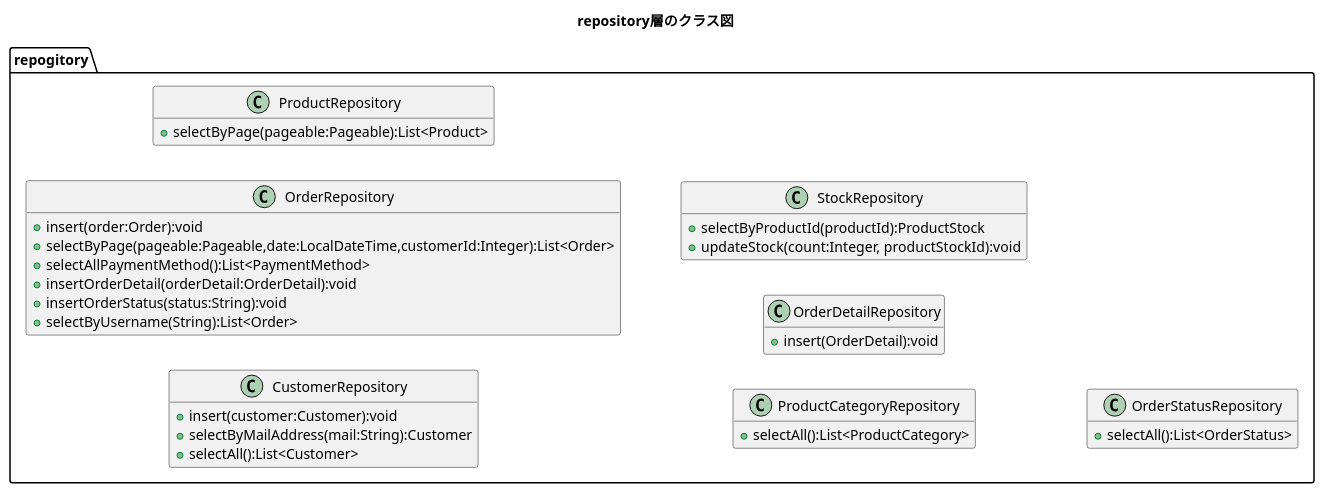
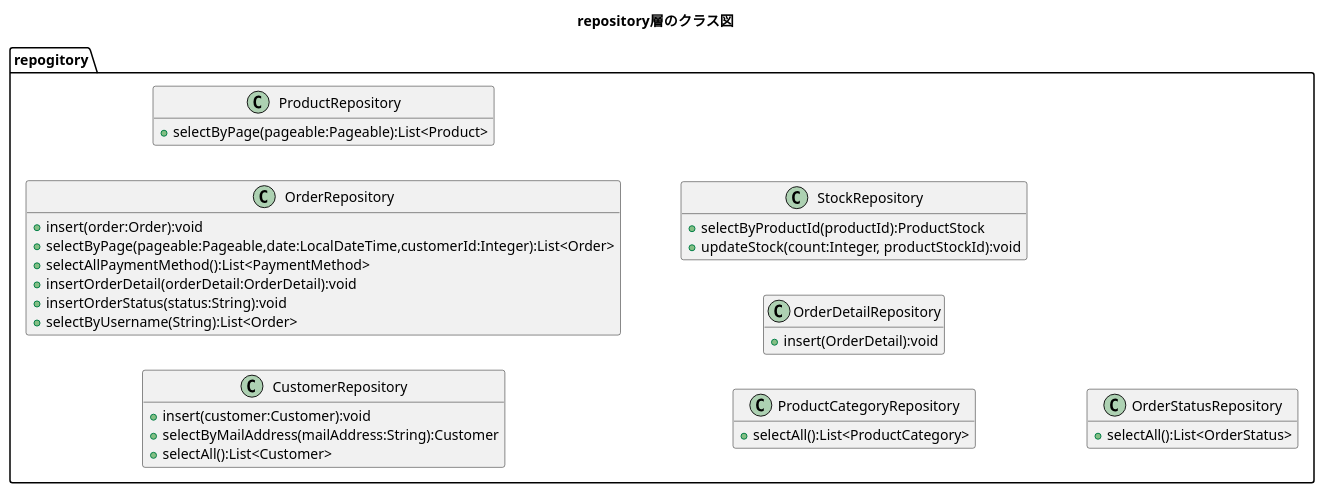
The diagram in plan/uml/class/front-end/repository.plantuml (kanavii3333/ec-b), drawn with PlantUML before and after one commit. The commit also changed 3 other files, not shown here.

```diff
--- a/plan/uml/class/front-end/repository.plantuml
+++ b/plan/uml/class/front-end/repository.plantuml
@@ -1,43 +1,43 @@
 @startuml
 title repository層のクラス図
 hide empty members
 left to right direction
 
 package repogitory{
 class CustomerRepository{
         +insert(customer:Customer):void
-        +selectByMailAddress(mail:String):Customer
+        +selectByMailAddress(mailAddress:String):Customer
         +selectAll():List<Customer>
     }
 
     class OrderRepository{
         +insert(order:Order):void
         +selectByPage(pageable:Pageable,date:LocalDateTime,customerId:Integer):List<Order>
         +selectAllPaymentMethod():List<PaymentMethod>
         +insertOrderDetail(orderDetail:OrderDetail):void
         +insertOrderStatus(status:String):void
         +selectByUsername(String):List<Order>
     }
 
     class ProductRepository{
         +selectByPage(pageable:Pageable):List<Product>
     }
 
     class ProductCategoryRepository{
         +selectAll():List<ProductCategory>
     }
 
     class OrderDetailRepository{
         +insert(OrderDetail):void
     }
     
     class StockRepository{
         +selectByProductId(productId):ProductStock
         +updateStock(count:Integer, productStockId):void
     }
 
     class OrderStatusRepository{
         +selectAll():List<OrderStatus>
     }
 }
 @enduml
```
